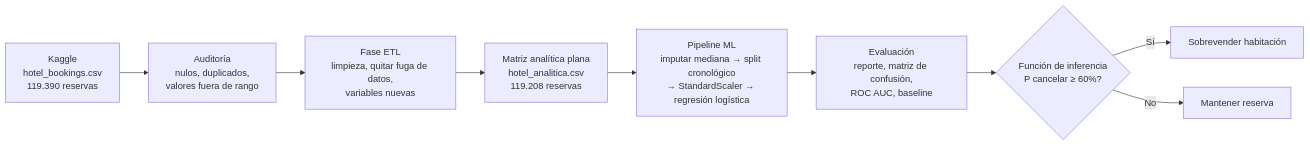
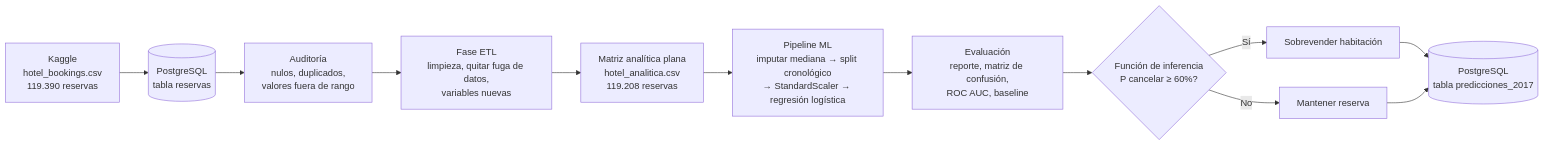
The diagram in README.md (carlosjaka54/proyecto_hoteles), drawn with Mermaid before and after one commit. The commit also changed other lines of this file and 12 other files, not shown here.

Commit message:
Conexión a PostgreSQL

````diff
--- a/README.md
+++ b/README.md
@@ -11,11 +11,14 @@
 ```mermaid
 flowchart LR
-    A[Kaggle<br/>hotel_bookings.csv<br/>119.390 reservas] --> B[Auditoría<br/>nulos, duplicados,<br/>valores fuera de rango]
+    K[Kaggle<br/>hotel_bookings.csv<br/>119.390 reservas] --> A[(PostgreSQL<br/>tabla reservas)]
+    A --> B[Auditoría<br/>nulos, duplicados,<br/>valores fuera de rango]
     B --> C[Fase ETL<br/>limpieza, quitar fuga de datos,<br/>variables nuevas]
     C --> D[Matriz analítica plana<br/>hotel_analitica.csv<br/>119.208 reservas]
     D --> E[Pipeline ML<br/>imputar mediana → split cronológico<br/>→ StandardScaler → regresión logística]
     E --> F[Evaluación<br/>reporte, matriz de confusión,<br/>ROC AUC, baseline]
     F --> G{Función de inferencia<br/>P cancelar ≥ 60%?}
     G -- Sí --> H[Sobrevender habitación]
     G -- No --> I[Mantener reserva]
+    H --> P[(PostgreSQL<br/>tabla predicciones_2017)]
+    I --> P
 ```
````
